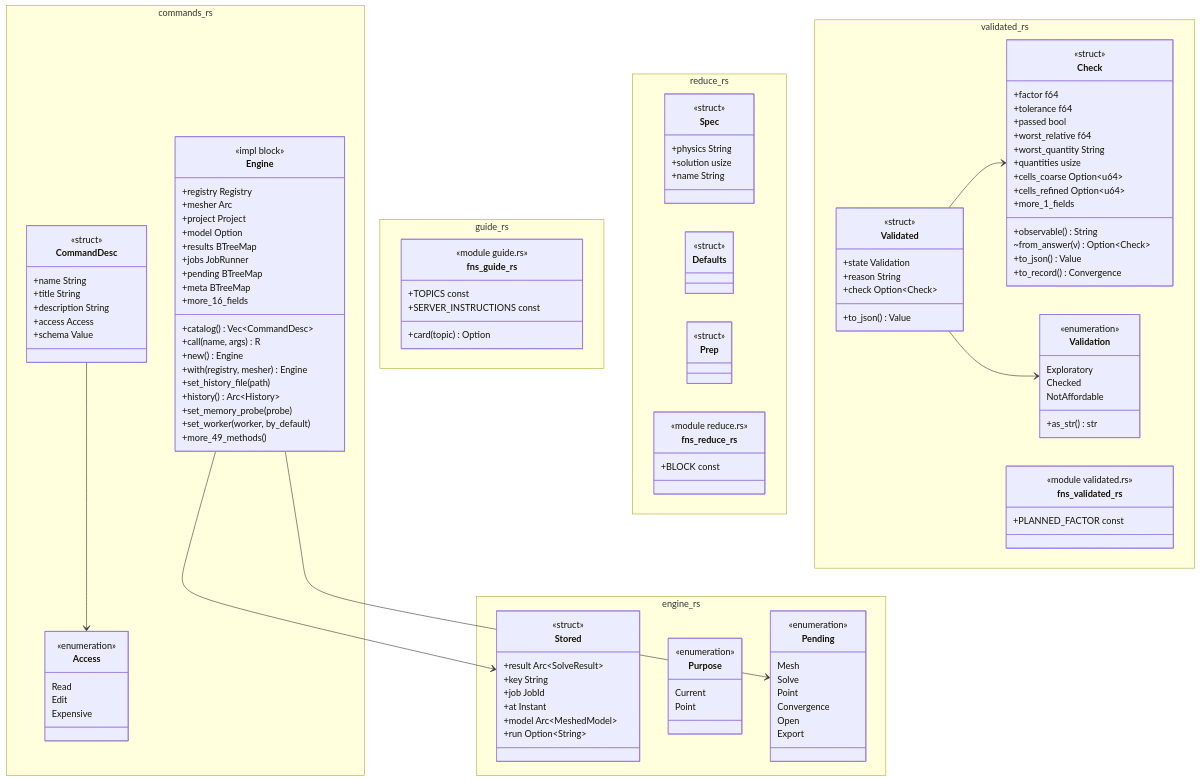
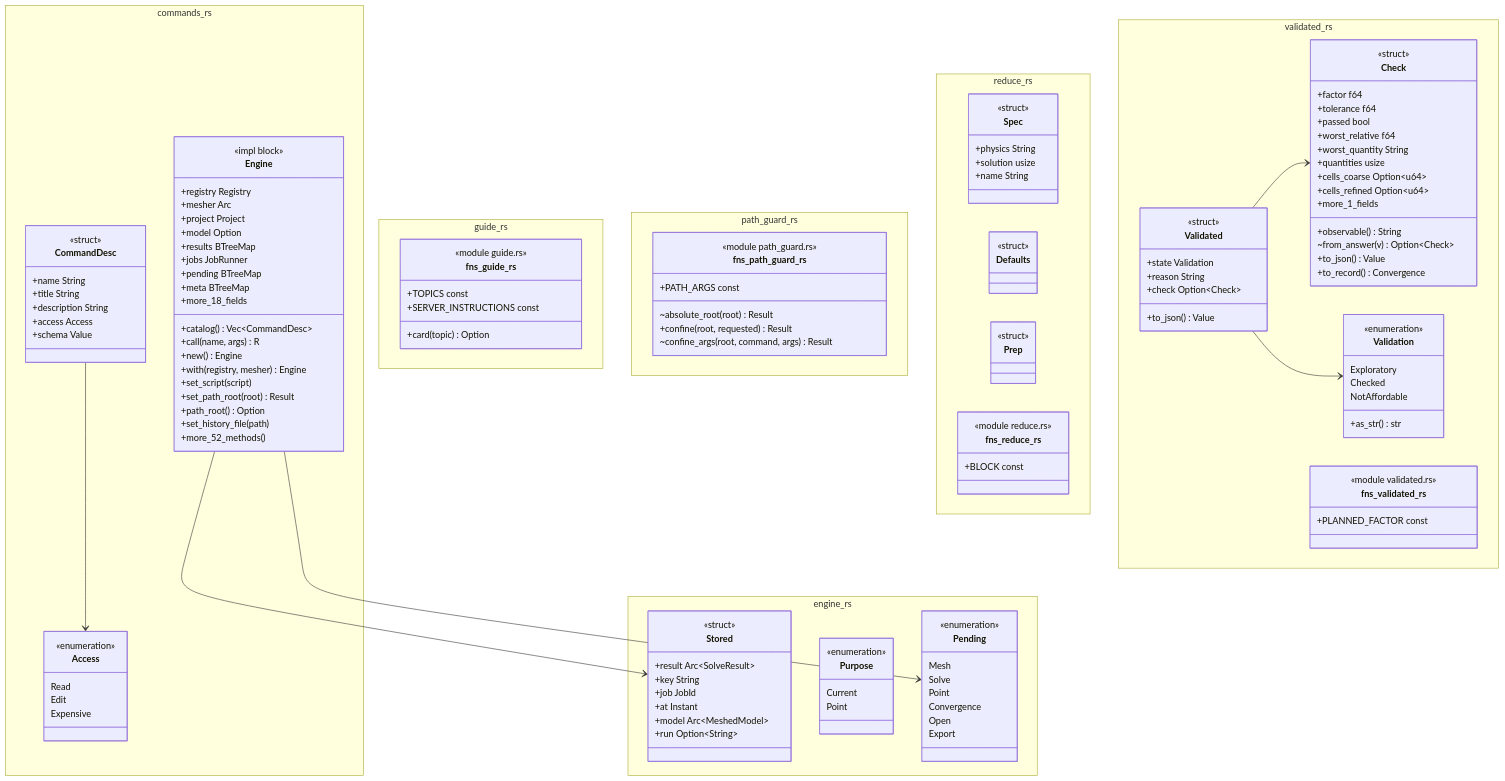
Before and after one commit to p-j-r/nyx: the diagram in docs/architecture/c4/4-code/engine/commands.md, drawn with Mermaid. The commit also changed other lines of this file and 87 other files, not shown here.

```diff
--- a/docs/architecture/c4/4-code/engine/commands.md
+++ b/docs/architecture/c4/4-code/engine/commands.md
@@ -81,16 +84,16 @@
         +jobs JobRunner
         +pending BTreeMap
         +meta BTreeMap
-        +more_16_fields
+        +more_18_fields
         +catalog() Vec~CommandDesc~
         +call(name, args) R
         +new() Engine
         +with(registry, mesher) Engine
+        +set_script(script)
+        +set_path_root(root) Result
+        +path_root() Option
         +set_history_file(path)
-        +history() Arc~History~
-        +set_memory_probe(probe)
-        +set_worker(worker, by_default)
-        +more_49_methods()
+        +more_52_methods()
     }
   }
   namespace engine_rs {
@@ -124,6 +127,15 @@
         +card(topic) Option
         +TOPICS const
         +SERVER_INSTRUCTIONS const
+    }
+  }
+  namespace path_guard_rs {
+    class fns_path_guard_rs {
+        <<module path_guard.rs>>
+        ~absolute_root(root) Result
+        +confine(root, requested) Result
+        ~confine_args(root, command, args) Result
+        +PATH_ARGS const
     }
   }
   namespace reduce_rs {
```
